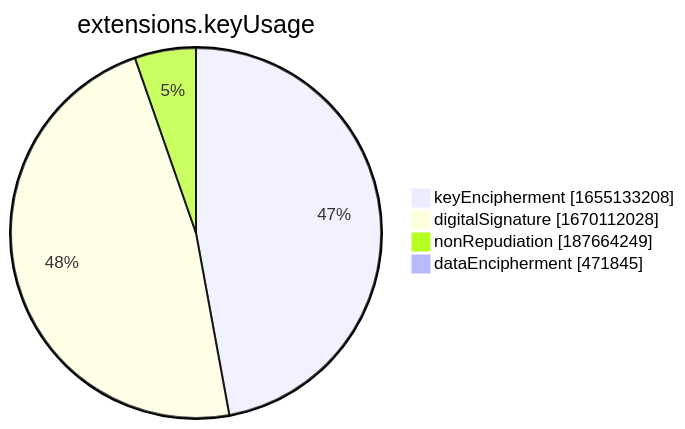
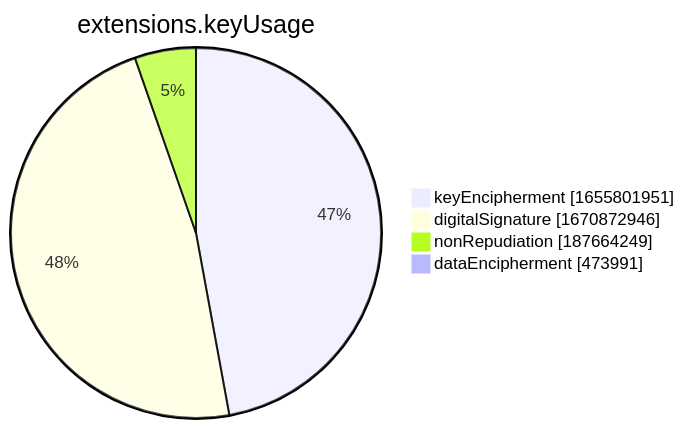
Before and after one commit to christiankrug/ctmonitor_visualization: the seventh of 15 diagrams in xenon2022/README.md, drawn with Mermaid. The commit also changed other lines of this file, not shown here.

````diff
--- a/xenon2022/README.md
+++ b/xenon2022/README.md
@@ -2857,8 +2857,8 @@
 ```mermaid
 pie showData
 title extensions.keyUsage
-"keyEncipherment" :1655133208
-"digitalSignature" :1670112028
+"keyEncipherment" :1655801951
+"digitalSignature" :1670872946
 "nonRepudiation" :187664249
-"dataEncipherment" :471845
+"dataEncipherment" :473991
 ```
````
